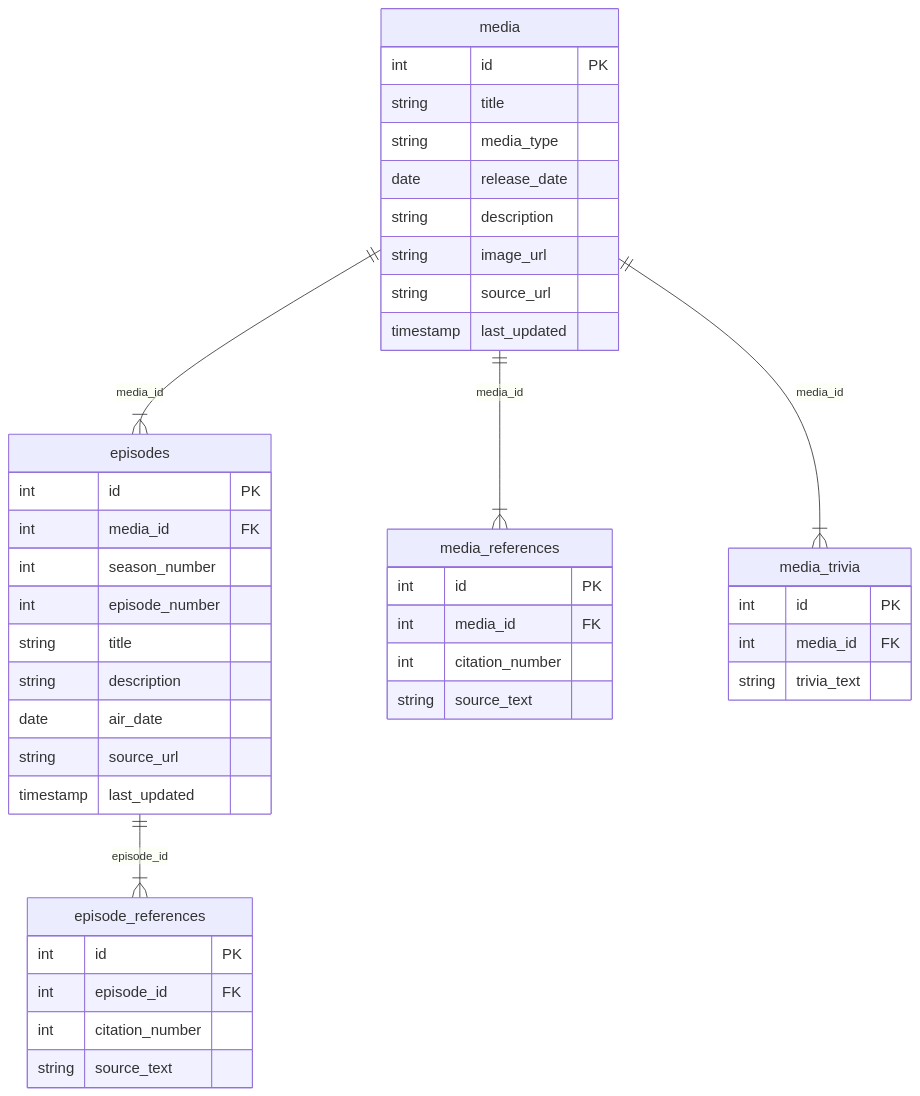
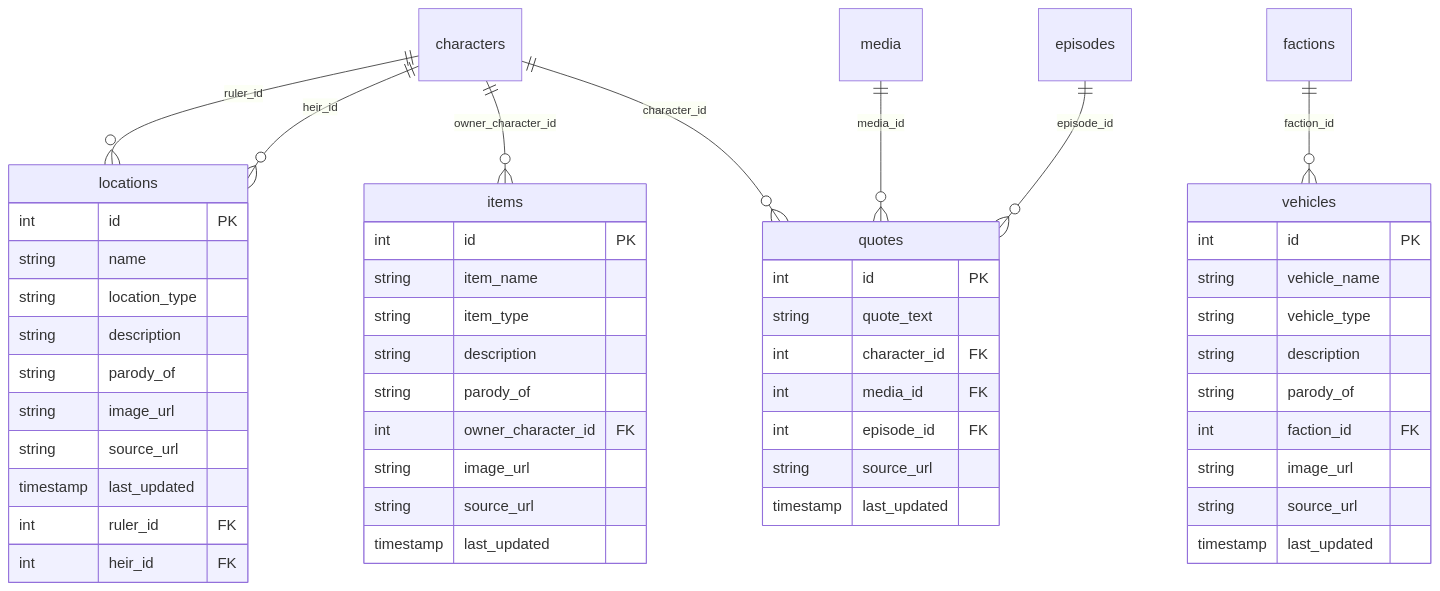
One commit to thestackshepherd/sbapi changed the sixth of 6 diagrams in docs/ERD.md. Above: the diagram before and after it, drawn with Mermaid. The commit also changed other lines of this file and 14 other files, not shown here.

First line of the commit message:
Simplify DB schema to 16 tables and add scraper JSON schemas

````diff
--- a/docs/ERD.md
+++ b/docs/ERD.md
@@ -254,46 +220,54 @@
 ```mermaid
 %%{init: {'er': {'useMaxWidth': false}, 'themeVariables': {'fontSize': '18px'}}}%%
 erDiagram
-    episode_references {
+    items {
         int id PK
-        int episode_id FK
-        int citation_number
-        string source_text
-    }
-    episodes {
-        int id PK
-        int media_id FK
-        int season_number
-        int episode_number
-        string title
+        string item_name
+        string item_type
         string description
-        date air_date
-        string source_url
-        timestamp last_updated
-    }
-    media {
-        int id PK
-        string title
-        string media_type
-        date release_date
-        string description
+        string parody_of
+        int owner_character_id FK
         string image_url
         string source_url
         timestamp last_updated
     }
-    media_references {
+    locations {
         int id PK
+        string name
+        string location_type
+        string description
+        string parody_of
+        string image_url
+        string source_url
+        timestamp last_updated
+        int ruler_id FK
+        int heir_id FK
+    }
+    quotes {
+        int id PK
+        string quote_text
+        int character_id FK
         int media_id FK
-        int citation_number
-        string source_text
+        int episode_id FK
+        string source_url
+        timestamp last_updated
     }
-    media_trivia {
+    vehicles {
         int id PK
-        int media_id FK
-        string trivia_text
+        string vehicle_name
+        string vehicle_type
+        string description
+        string parody_of
+        int faction_id FK
+        string image_url
+        string source_url
+        timestamp last_updated
     }
-    media ||--|{ episodes : "media_id"
-    episodes ||--|{ episode_references : "episode_id"
-    media ||--|{ media_trivia : "media_id"
-    media ||--|{ media_references : "media_id"
+    characters ||--o{ locations : "ruler_id"
+    characters ||--o{ locations : "heir_id"
+    factions ||--o{ vehicles : "faction_id"
+    characters ||--o{ items : "owner_character_id"
+    characters ||--o{ quotes : "character_id"
+    media ||--o{ quotes : "media_id"
+    episodes ||--o{ quotes : "episode_id"
 ```
````
